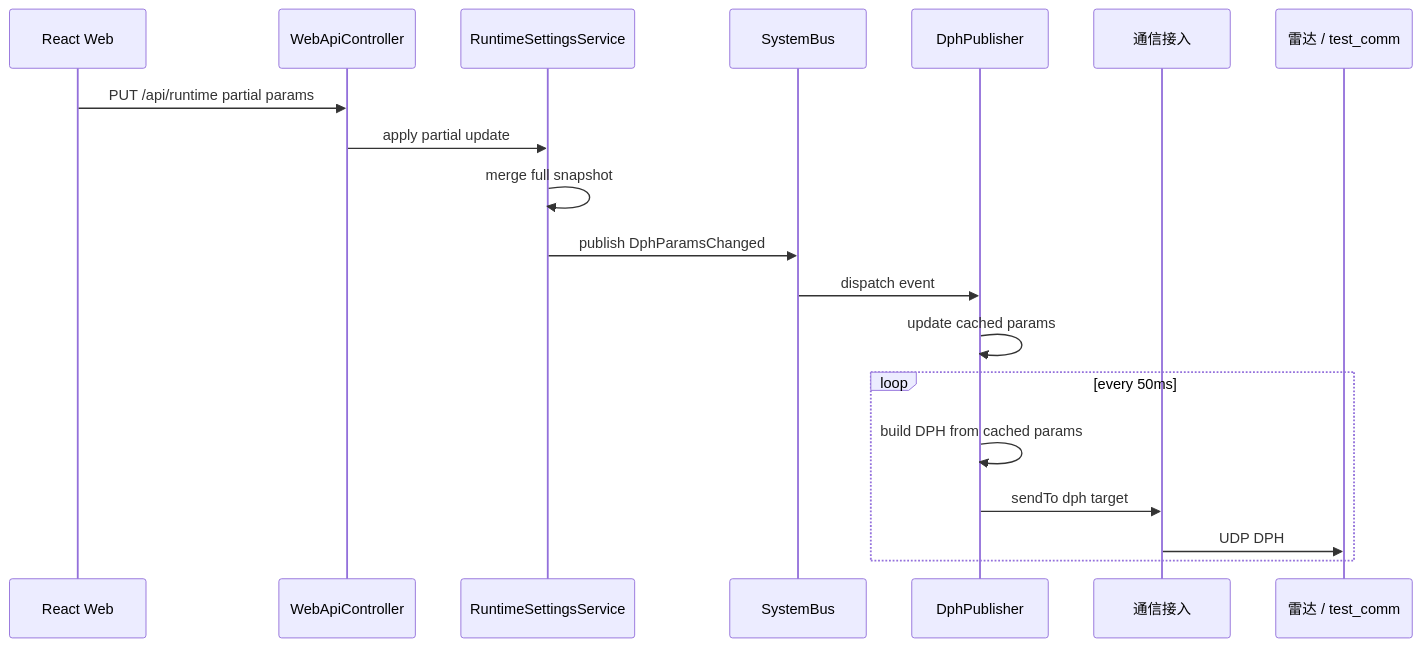
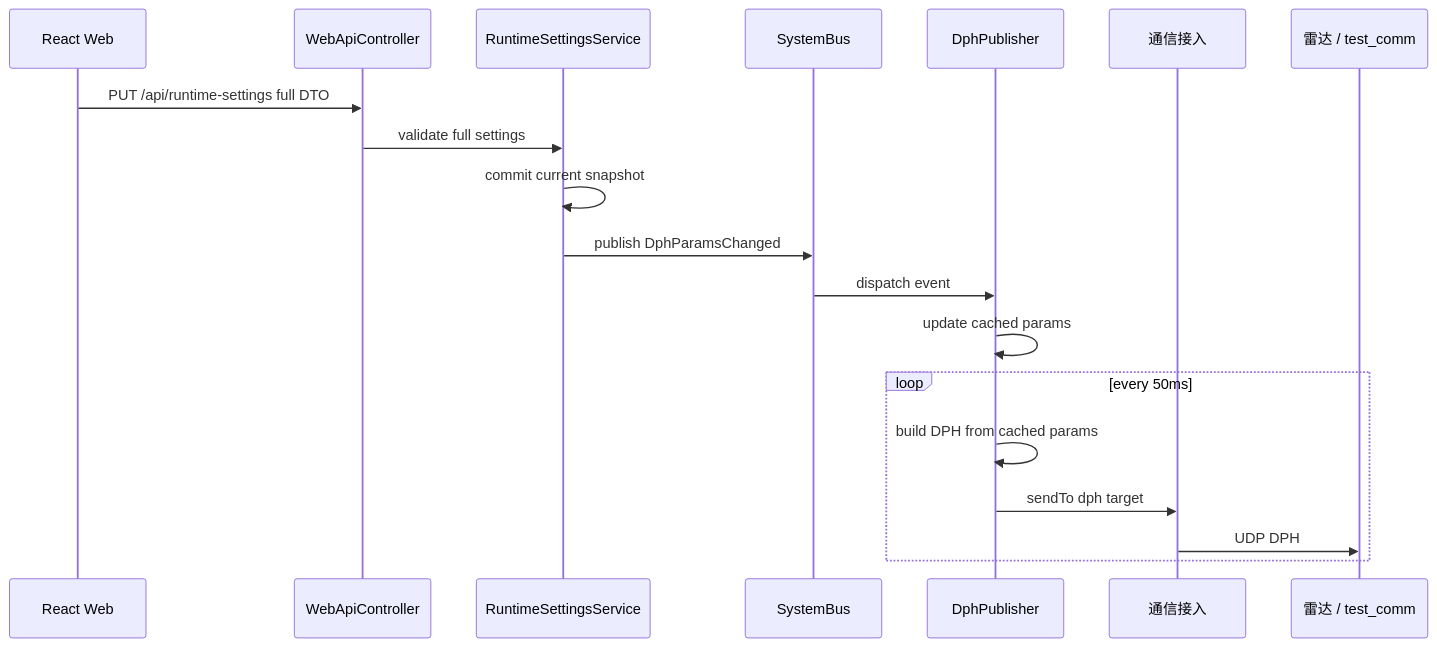
The third of 5 diagrams in doc/architecture/05-核心流程.md (YoungL524/newAnti_arch), drawn with Mermaid before and after one commit. The commit also changed other lines of this file and 6 other files, not shown here.

Commit message:
codex修改完架构图并重新写了review文档

````diff
--- a/doc/architecture/05-核心流程.md
+++ b/doc/architecture/05-核心流程.md
@@ -64,23 +66,23 @@
 ```mermaid
 sequenceDiagram
     participant UI as React Web
     participant API as WebApiController
     participant Runtime as RuntimeSettingsService
     participant Bus as SystemBus
     participant DPH as DphPublisher
     participant Comm as 通信接入
     participant Radar as 雷达 / test_comm
 
-    UI->>API: PUT /api/runtime partial params
-    API->>Runtime: apply partial update
-    Runtime->>Runtime: merge full snapshot
+    UI->>API: PUT /api/runtime-settings full DTO
+    API->>Runtime: validate full settings
+    Runtime->>Runtime: commit current snapshot
     Runtime->>Bus: publish DphParamsChanged
     Bus->>DPH: dispatch event
     DPH->>DPH: update cached params
 
     loop every 50ms
         DPH->>DPH: build DPH from cached params
         DPH->>Comm: sendTo dph target
         Comm->>Radar: UDP DPH
     end
 ```
````
